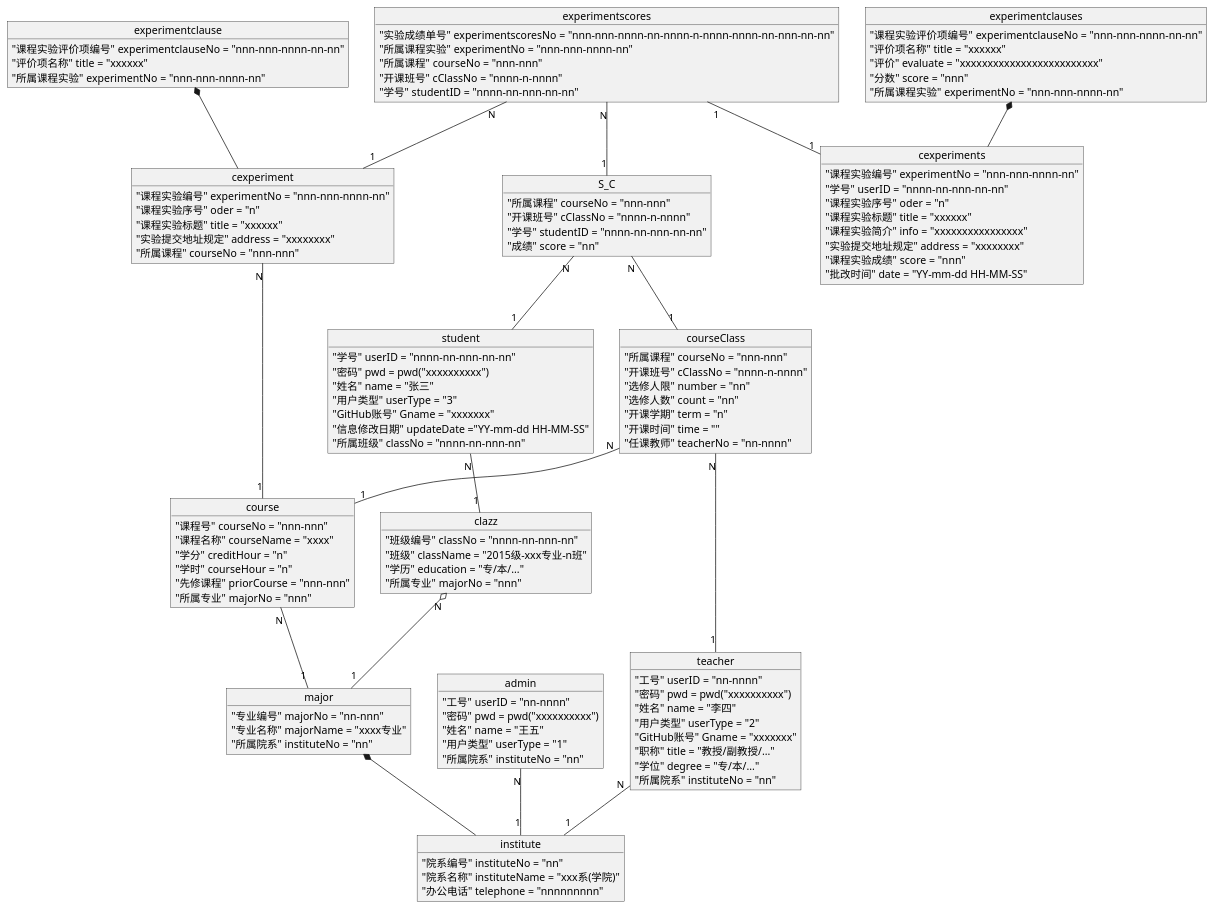
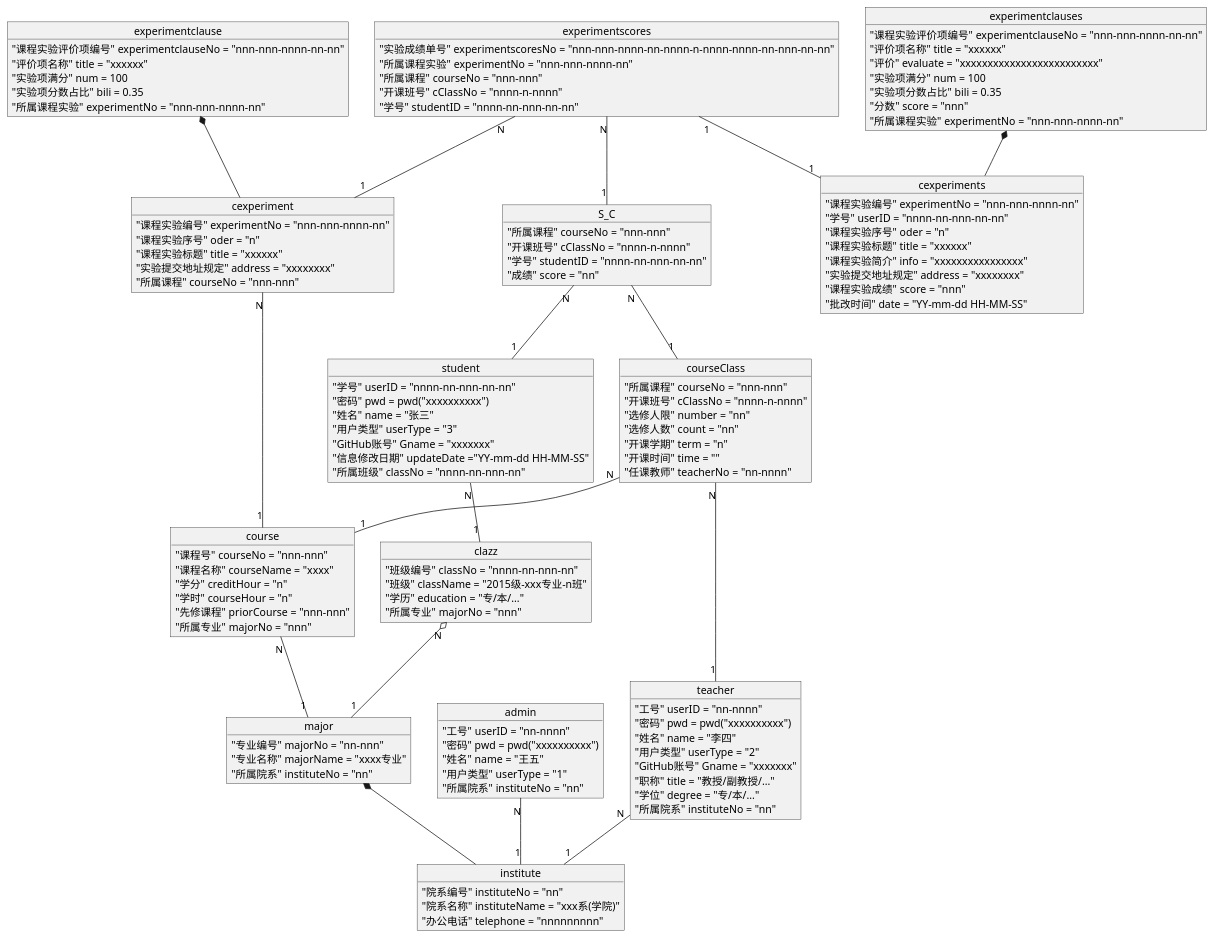
The diagram in test6/objectMView.pu (201610414130/is_analysis-4), drawn with PlantUML before and after one commit. The commit also changed 7 other files, not shown here.

```diff
--- a/test6/objectMView.pu
+++ b/test6/objectMView.pu
@@ -1,129 +1,133 @@
 @startuml 对象图-总
 object student{
     "学号" userID = "nnnn-nn-nnn-nn-nn"
     "密码" pwd = pwd("xxxxxxxxxx")
     "姓名" name = "张三"
     "用户类型" userType = "3"
     "GitHub账号" Gname = "xxxxxxx"
     "信息修改日期" updateDate ="YY-mm-dd HH-MM-SS"
     "所属班级" classNo = "nnnn-nn-nnn-nn"
 }
 
 object teacher{
     "工号" userID = "nn-nnnn"
     "密码" pwd = pwd("xxxxxxxxxx")
     "姓名" name = "李四"
     "用户类型" userType = "2"
     "GitHub账号" Gname = "xxxxxxx"
     "职称" title = "教授/副教授/..."
     "学位" degree = "专/本/..."
     "所属院系" instituteNo = "nn"
 }
 
 object admin{
     "工号" userID = "nn-nnnn"
     "密码" pwd = pwd("xxxxxxxxxx")
     "姓名" name = "王五"
     "用户类型" userType = "1"
     "所属院系" instituteNo = "nn"
 }
 
 object clazz{
     "班级编号" classNo = "nnnn-nn-nnn-nn"
     "班级" className = "2015级-xxx专业-n班"
     "学历" education = "专/本/..."
     "所属专业" majorNo = "nnn"
 }
 
 object major{
     "专业编号" majorNo = "nn-nnn"
     "专业名称" majorName = "xxxx专业"
     "所属院系" instituteNo = "nn"
 }
 
 object institute{
     "院系编号" instituteNo = "nn"
     "院系名称" instituteName = "xxx系(学院)"
     "办公电话" telephone = "nnnnnnnnn"
 }
 
 object cexperiment{
     "课程实验编号" experimentNo = "nnn-nnn-nnnn-nn"
     "课程实验序号" oder = "n"
     "课程实验标题" title = "xxxxxx"
     "实验提交地址规定" address = "xxxxxxxx"
     "所属课程" courseNo = "nnn-nnn"
 }
 object experimentclause{
     "课程实验评价项编号" experimentclauseNo = "nnn-nnn-nnnn-nn-nn"
     "评价项名称" title = "xxxxxx"
+    "实验项满分" num = 100
+    "实验项分数占比" bili = 0.35
     "所属课程实验" experimentNo = "nnn-nnn-nnnn-nn"
 }
 
 object cexperiments{
     "课程实验编号" experimentNo = "nnn-nnn-nnnn-nn"
     "学号" userID = "nnnn-nn-nnn-nn-nn"
     "课程实验序号" oder = "n"
     "课程实验标题" title = "xxxxxx"
     "课程实验简介" info = "xxxxxxxxxxxxxxxx"
     "实验提交地址规定" address = "xxxxxxxx"
     "课程实验成绩" score = "nnn"
     "批改时间" date = "YY-mm-dd HH-MM-SS"
 }
 object experimentclauses{
     "课程实验评价项编号" experimentclauseNo = "nnn-nnn-nnnn-nn-nn"
     "评价项名称" title = "xxxxxx"
     "评价" evaluate = "xxxxxxxxxxxxxxxxxxxxxxxxx"
+    "实验项满分" num = 100
+    "实验项分数占比" bili = 0.35
     "分数" score = "nnn"
     "所属课程实验" experimentNo = "nnn-nnn-nnnn-nn"
 }
 
 object course{
     "课程号" courseNo = "nnn-nnn"
     "课程名称" courseName = "xxxx"
     "学分" creditHour = "n"
     "学时" courseHour = "n"
     "先修课程" priorCourse = "nnn-nnn"
     "所属专业" majorNo = "nnn"
 }
 
 object courseClass{
     "所属课程" courseNo = "nnn-nnn"
     "开课班号" cClassNo = "nnnn-n-nnnn"
     "选修人限" number = "nn"
     "选修人数" count = "nn"
     "开课学期" term = "n"
     "开课时间" time = ""
     "任课教师" teacherNo = "nn-nnnn"
 }
 
 object S_C{
     "所属课程" courseNo = "nnn-nnn"
     "开课班号" cClassNo = "nnnn-n-nnnn"
     "学号" studentID = "nnnn-nn-nnn-nn-nn"
     "成绩" score = "nn"
 }
 object experimentscores{
     "实验成绩单号" experimentscoresNo = "nnn-nnn-nnnn-nn-nnnn-n-nnnn-nnnn-nn-nnn-nn-nn"
     "所属课程实验" experimentNo = "nnn-nnn-nnnn-nn"
     "所属课程" courseNo = "nnn-nnn"
     "开课班号" cClassNo = "nnnn-n-nnnn"
     "学号" studentID = "nnnn-nn-nnn-nn-nn"
 }
 student "N" -- "1" clazz
 clazz "N" o-- "1" major
 major *-- institute
 teacher "N" -- "1" institute
 admin "N" -- "1" institute
 S_C "N" -- "1" student
 S_C "N" -- "1" courseClass
 courseClass "N" -- "1" course
 courseClass "N" -- "1" teacher
 course "N" -- "1" major
 experimentclause *-- cexperiment
 cexperiment "N" -- "1" course
 experimentscores "N" -- "1" S_C
 experimentscores "N" -- "1" cexperiment
 experimentclauses *-- cexperiments
 experimentscores "1"--"1" cexperiments
 @enduml
```
